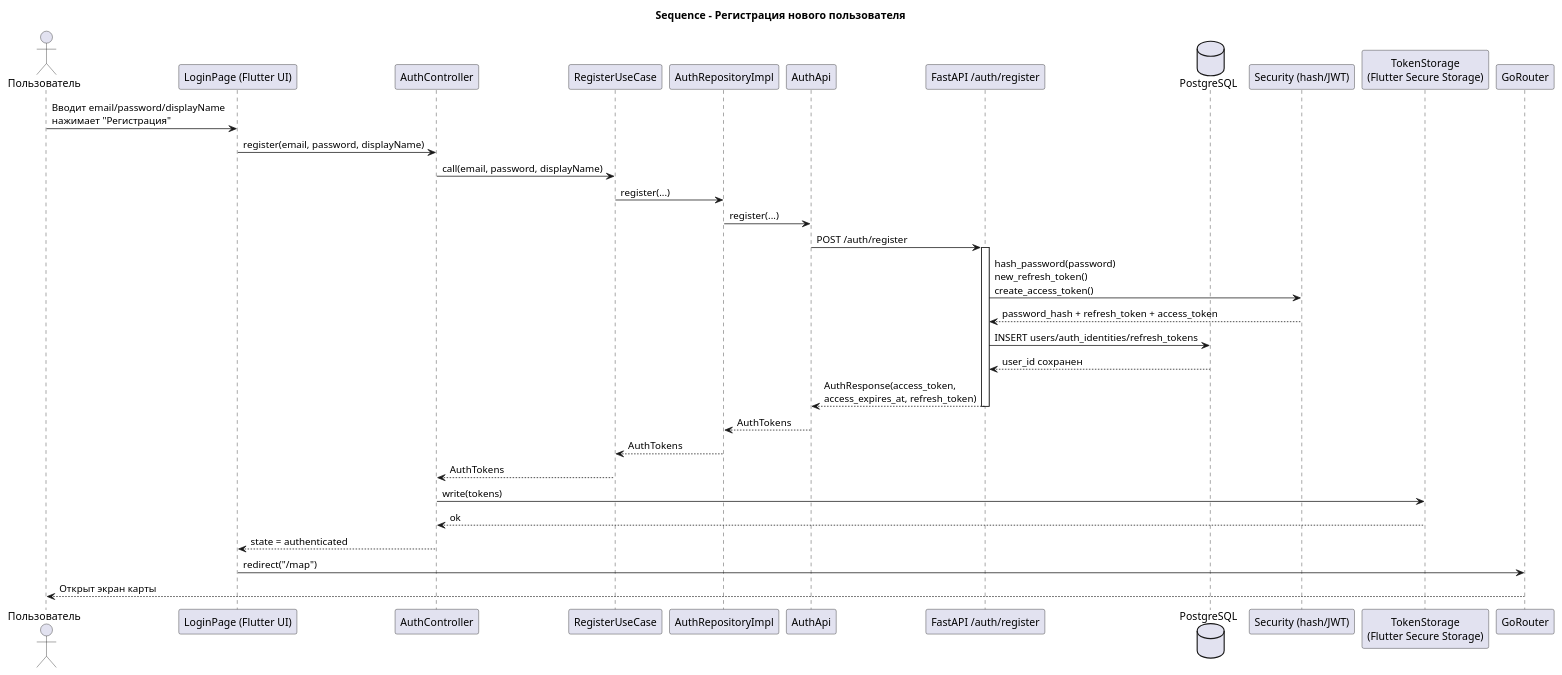
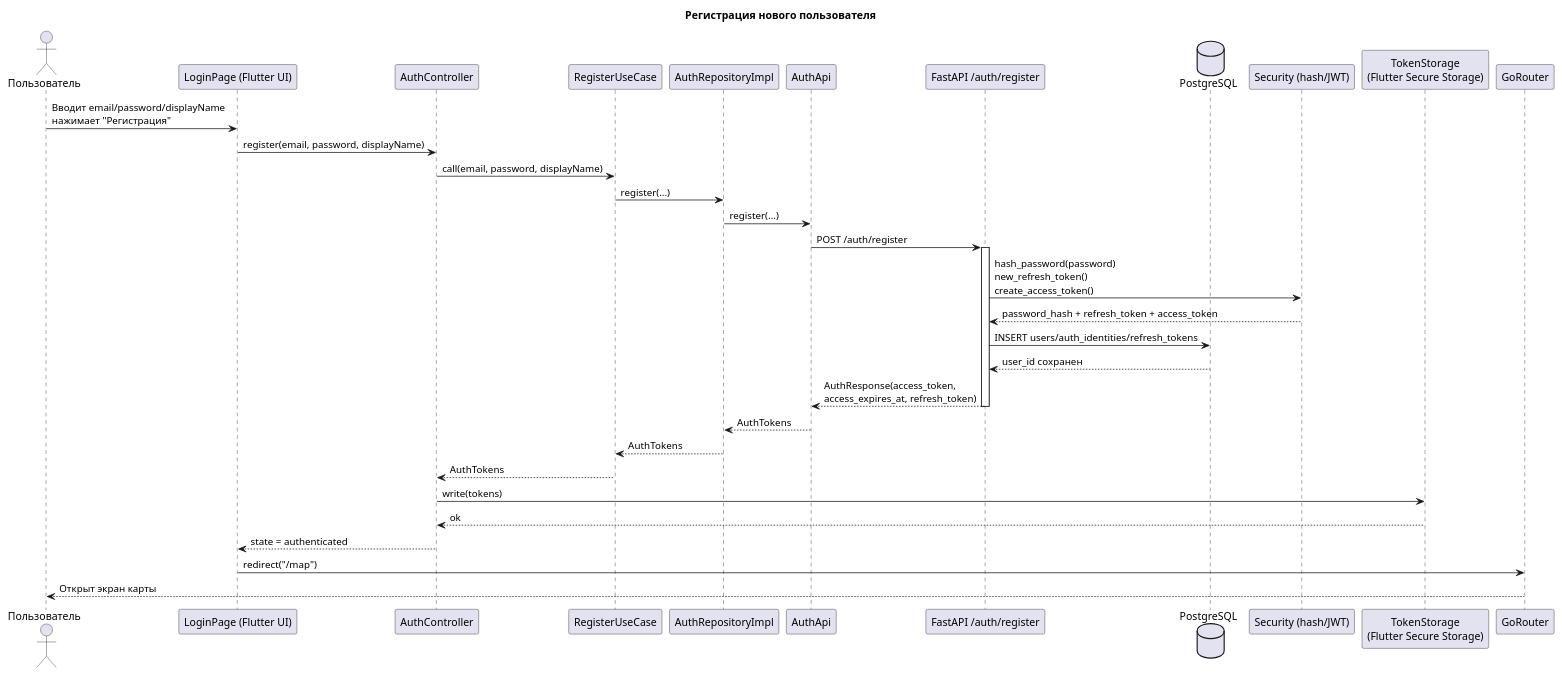
Before and after one commit to Nikitin48/run_application: the diagram in docs/scheme/sequence_register_new_user.puml, drawn with PlantUML. The commit also changed 18 other files, not shown here.

Commit message:
new diagram

```diff
--- a/docs/scheme/sequence_register_new_user.puml
+++ b/docs/scheme/sequence_register_new_user.puml
@@ -1,40 +1,40 @@
 @startuml
-title Sequence - Регистрация нового пользователя
+title Регистрация нового пользователя
 
 actor User as "Пользователь"
 participant UI as "LoginPage (Flutter UI)"
 participant AuthCtrl as "AuthController"
 participant RegisterUC as "RegisterUseCase"
 participant AuthRepo as "AuthRepositoryImpl"
 participant AuthApi as "AuthApi"
 participant API as "FastAPI /auth/register"
 database DB as "PostgreSQL"
 participant Security as "Security (hash/JWT)"
 participant Storage as "TokenStorage\n(Flutter Secure Storage)"
 participant Router as "GoRouter"
 
 User -> UI: Вводит email/password/displayName\nнажимает "Регистрация"
 UI -> AuthCtrl: register(email, password, displayName)
 AuthCtrl -> RegisterUC: call(email, password, displayName)
 RegisterUC -> AuthRepo: register(...)
 AuthRepo -> AuthApi: register(...)
 AuthApi -> API: POST /auth/register
 
 activate API
 API -> Security: hash_password(password)\nnew_refresh_token()\ncreate_access_token()
 Security --> API: password_hash + refresh_token + access_token
 API -> DB: INSERT users/auth_identities/refresh_tokens
 DB --> API: user_id сохранен
 API --> AuthApi: AuthResponse(access_token,\naccess_expires_at, refresh_token)
 deactivate API
 
 AuthApi --> AuthRepo: AuthTokens
 AuthRepo --> RegisterUC: AuthTokens
 RegisterUC --> AuthCtrl: AuthTokens
 AuthCtrl -> Storage: write(tokens)
 Storage --> AuthCtrl: ok
 AuthCtrl --> UI: state = authenticated
 UI -> Router: redirect("/map")
 Router --> User: Открыт экран карты
 
 @enduml
```
